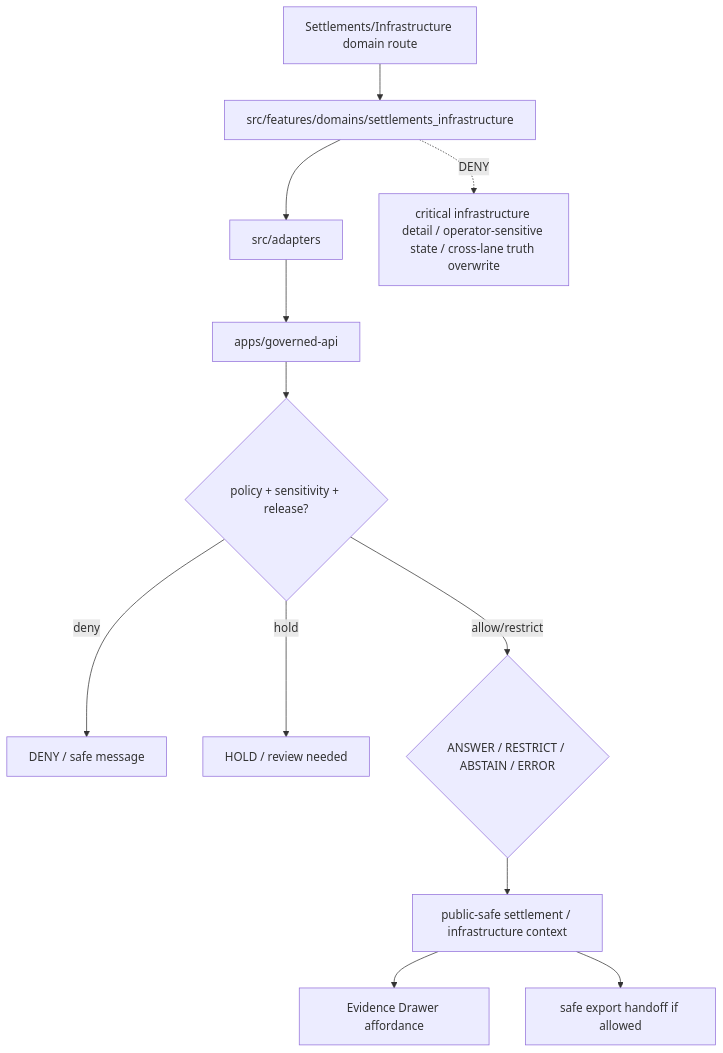
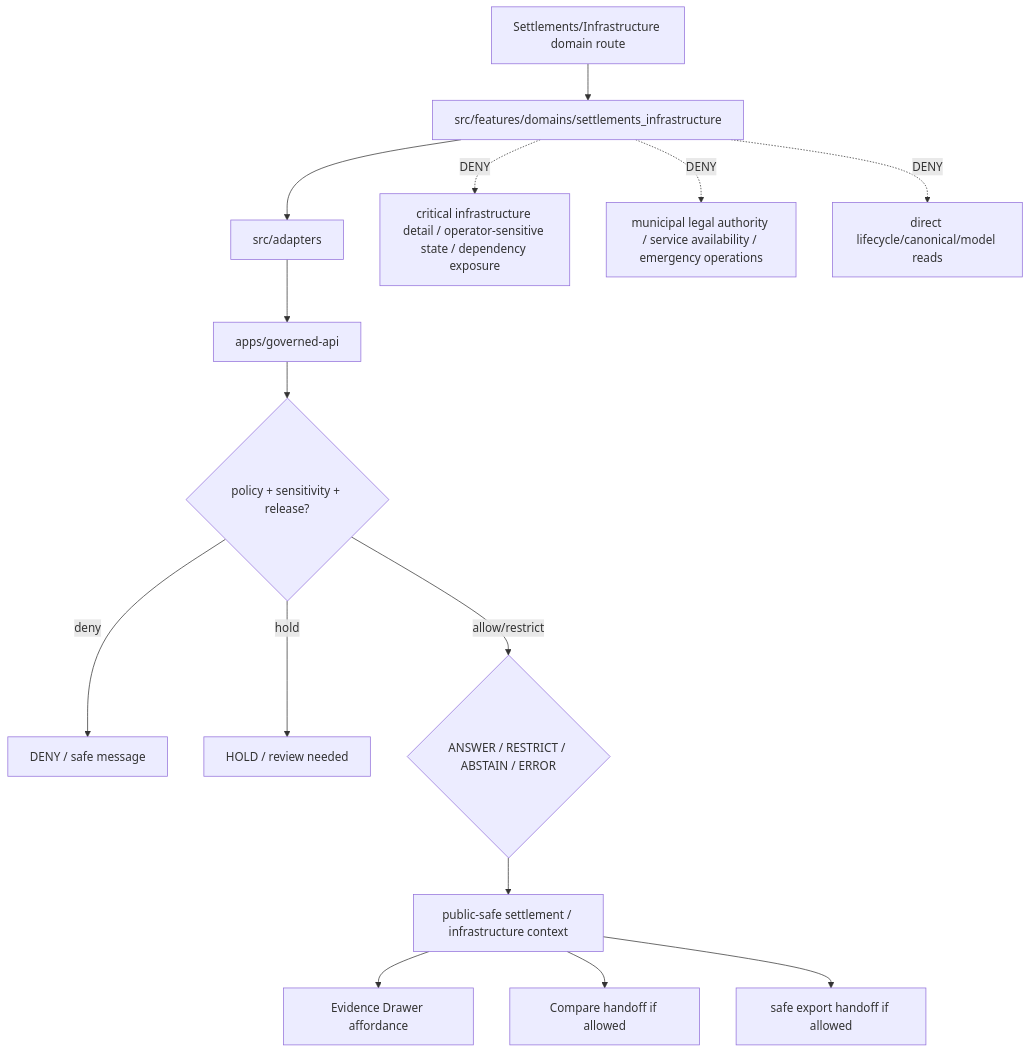
One commit to bartytime4life/Kansas-Frontier-Matrix changed the diagram in apps/explorer-web/src/features/domains/settlements_infrastructure/README.md. Above: the diagram before and after it, drawn with Mermaid. The commit also changed other lines of this file, not shown here.

Commit message:
docs: update explorer web settlements infrastructure feature README

````diff
--- a/apps/explorer-web/src/features/domains/settlements_infrastructure/README.md
+++ b/apps/explorer-web/src/features/domains/settlements_infrastructure/README.md
@@ -220,14 +302,17 @@
 ```mermaid
 flowchart TD
     route["Settlements/Infrastructure domain route"] --> feature["src/features/domains/settlements_infrastructure"]
     feature --> adapters["src/adapters"]
     adapters --> api["apps/governed-api"]
     api --> policy{"policy + sensitivity + release?"}
     policy -->|deny| deny["DENY / safe message"]
     policy -->|hold| hold["HOLD / review needed"]
     policy -->|allow/restrict| envelope{"ANSWER / RESTRICT / ABSTAIN / ERROR"}
     envelope --> view["public-safe settlement / infrastructure context"]
     view --> evidence["Evidence Drawer affordance"]
+    view --> compare["Compare handoff if allowed"]
     view --> export["safe export handoff if allowed"]
-    feature -. DENY .-> exposure["critical infrastructure detail / operator-sensitive state / cross-lane truth overwrite"]
+    feature -. DENY .-> exposure["critical infrastructure detail / operator-sensitive state / dependency exposure"]
+    feature -. DENY .-> authority["municipal legal authority / service availability / emergency operations"]
+    feature -. DENY .-> direct["direct lifecycle/canonical/model reads"]
 ```
````
